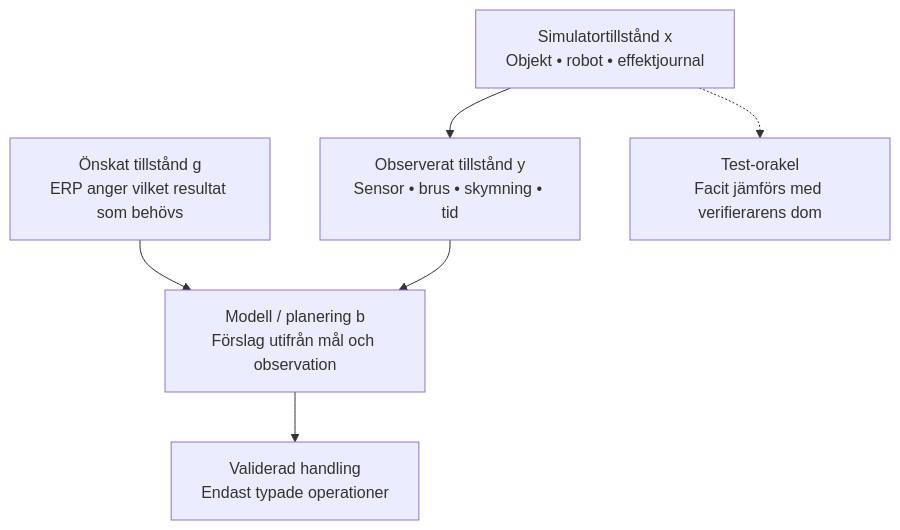
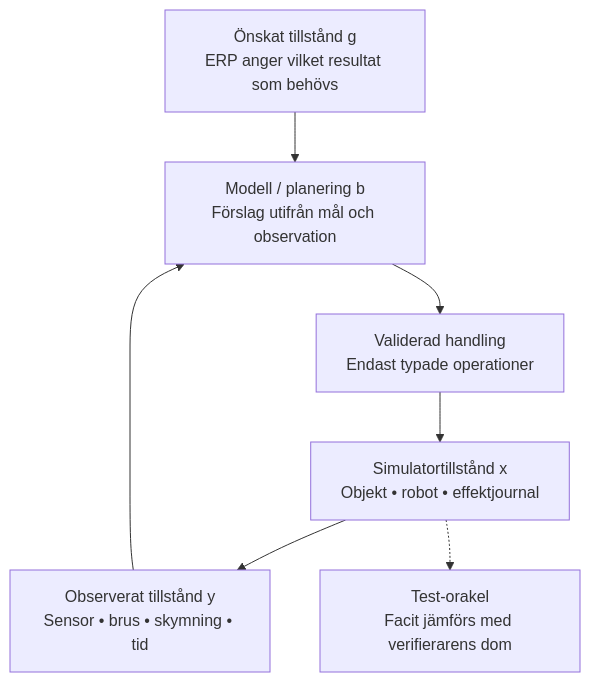
Before and after one commit to raal1600/SICS-RobotOps-Twin-E2E-Warehouse-Robotics-Integration-Simulator: the diagram in sources/diagrams/worlds.mmd, drawn with Mermaid. The commit also changed 11 other files, not shown here.

```diff
--- a/sources/diagrams/worlds.mmd
+++ b/sources/diagrams/worlds.mmd
@@ -1,12 +1,13 @@
 flowchart TD
   goal["Önskat tillstånd g<br/>ERP anger vilket resultat som behövs"]
   truth["Simulatortillstånd x<br/>Objekt • robot • effektjournal"]
   brain["Modell / planering b<br/>Förslag utifrån mål och observation"]
   obs["Observerat tillstånd y<br/>Sensor • brus • skymning • tid"]
   action["Validerad handling<br/>Endast typade operationer"]
   oracle["Test-orakel<br/>Facit jämförs med verifierarens dom"]
   goal --> brain
   truth --> obs
   obs --> brain
   brain --> action
+  action --> truth
   truth -.-> oracle
```
